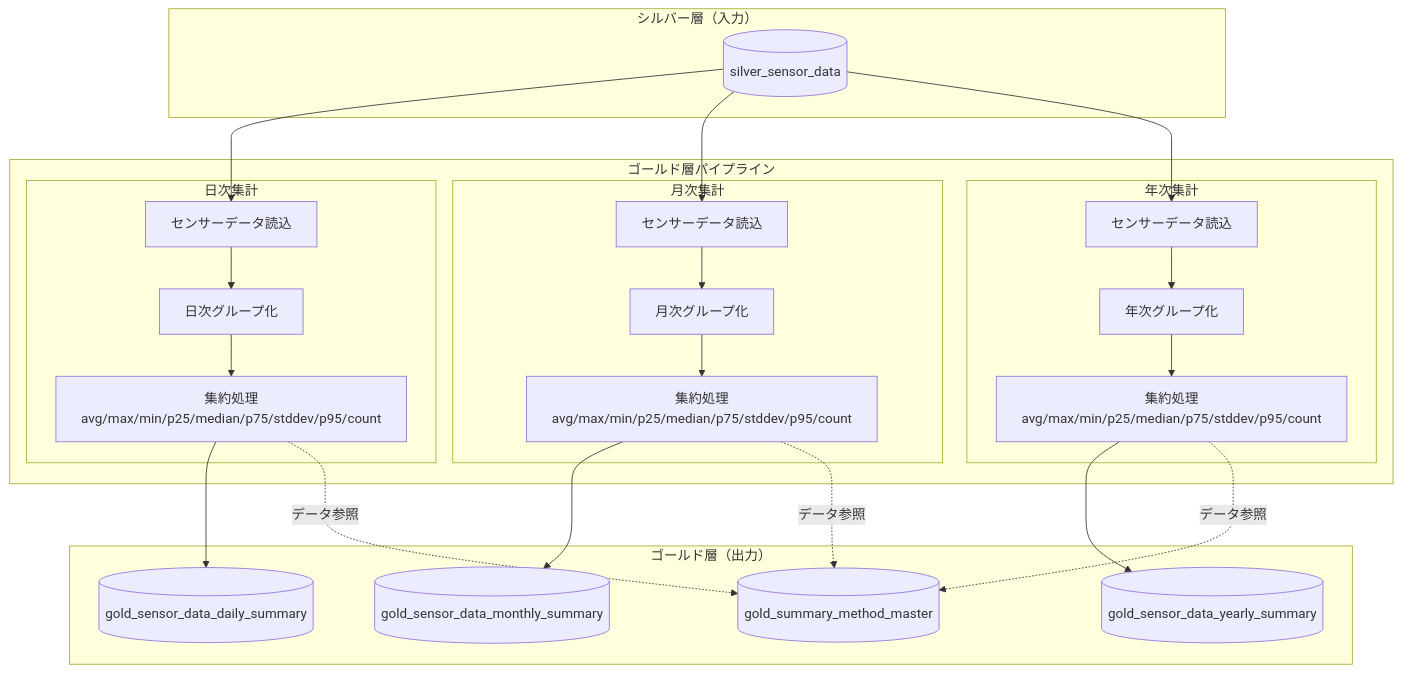
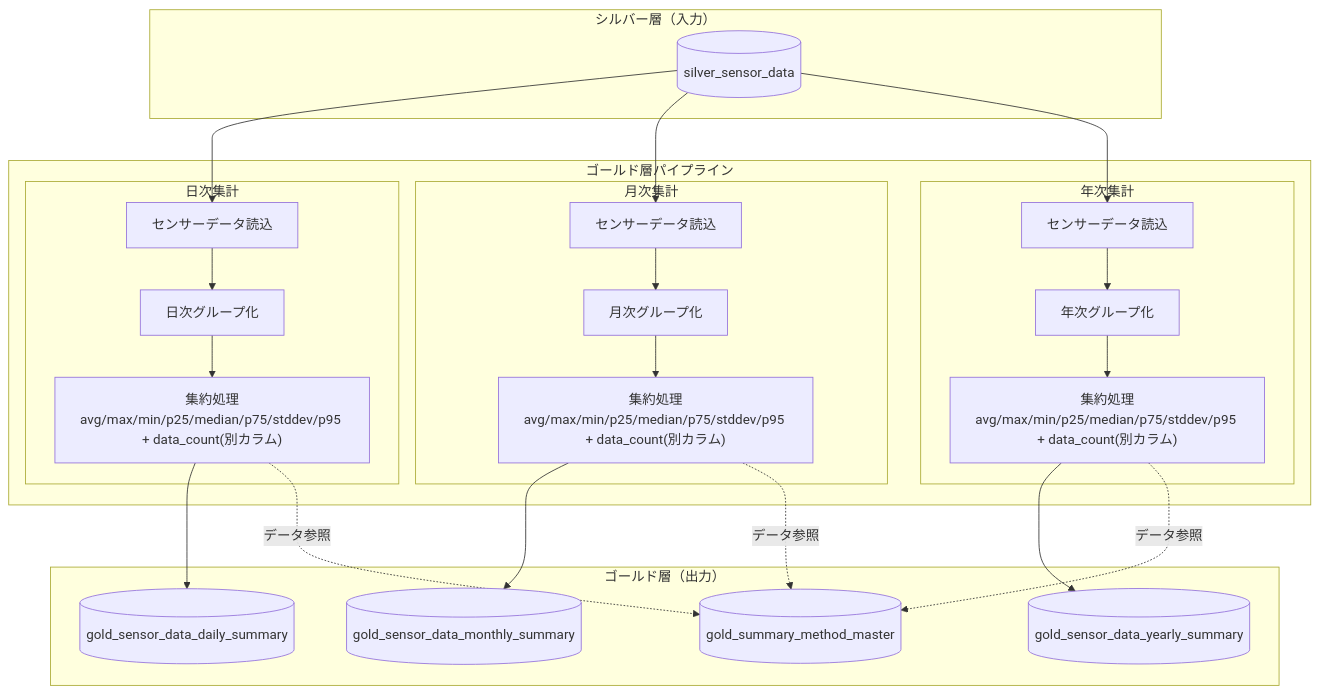
The diagram in docs/03-features/ldp-pipeline/gold_layer/README.md (NSW-SVCP-AIWG002/Databricks-IoT), drawn with Mermaid before and after one commit. The commit also changed other lines of this file and 1 other file, not shown here.

Commit message:
ゴールド層AIレビュー中

````diff
--- a/docs/03-features/ldp-pipeline/gold_layer/README.md
+++ b/docs/03-features/ldp-pipeline/gold_layer/README.md
@@ -133,45 +133,45 @@
 ```mermaid
 flowchart TB
     subgraph Silver["シルバー層（入力）"]
         SensorData[(silver_sensor_data)]
     end
 
     subgraph Pipeline["ゴールド層パイプライン"]
         subgraph Daily["日次集計"]
             D_Read[センサーデータ読込]
             D_Group[日次グループ化]
-            D_Agg[集約処理<br>avg/max/min/p25/median/p75/stddev/p95/count]
+            D_Agg["集約処理<br>avg/max/min/p25/median/p75/stddev/p95 + data_count(別カラム)"]
         end
 
         subgraph Monthly["月次集計"]
             M_Read[センサーデータ読込]
             M_Group[月次グループ化]
-            M_Agg[集約処理<br>avg/max/min/p25/median/p75/stddev/p95/count]
+            M_Agg["集約処理<br>avg/max/min/p25/median/p75/stddev/p95 + data_count(別カラム)"]
         end
 
         subgraph Yearly["年次集計"]
             Y_Read[センサーデータ読込]
             Y_Group[年次グループ化]
-            Y_Agg[集約処理<br>avg/max/min/p25/median/p75/stddev/p95/count]
+            Y_Agg["集約処理<br>avg/max/min/p25/median/p75/stddev/p95 + data_count(別カラム)"]
         end
     end
 
     subgraph Gold["ゴールド層（出力）"]
         GoldDaily[(gold_sensor_data_daily_summary)]
         GoldMonthly[(gold_sensor_data_monthly_summary)]
         GoldYearly[(gold_sensor_data_yearly_summary)]
         GoldMethod[(gold_summary_method_master)]
     end
 
     SensorData --> D_Read
     D_Read --> D_Group --> D_Agg --> GoldDaily
     D_Agg -.-> |データ参照| GoldMethod
 
     SensorData --> M_Read
     M_Read --> M_Group --> M_Agg --> GoldMonthly
     M_Agg -.-> |データ参照| GoldMethod
     
     SensorData --> Y_Read
     Y_Read --> Y_Group --> Y_Agg --> GoldYearly
     Y_Agg -.-> |データ参照| GoldMethod
 ```
````
